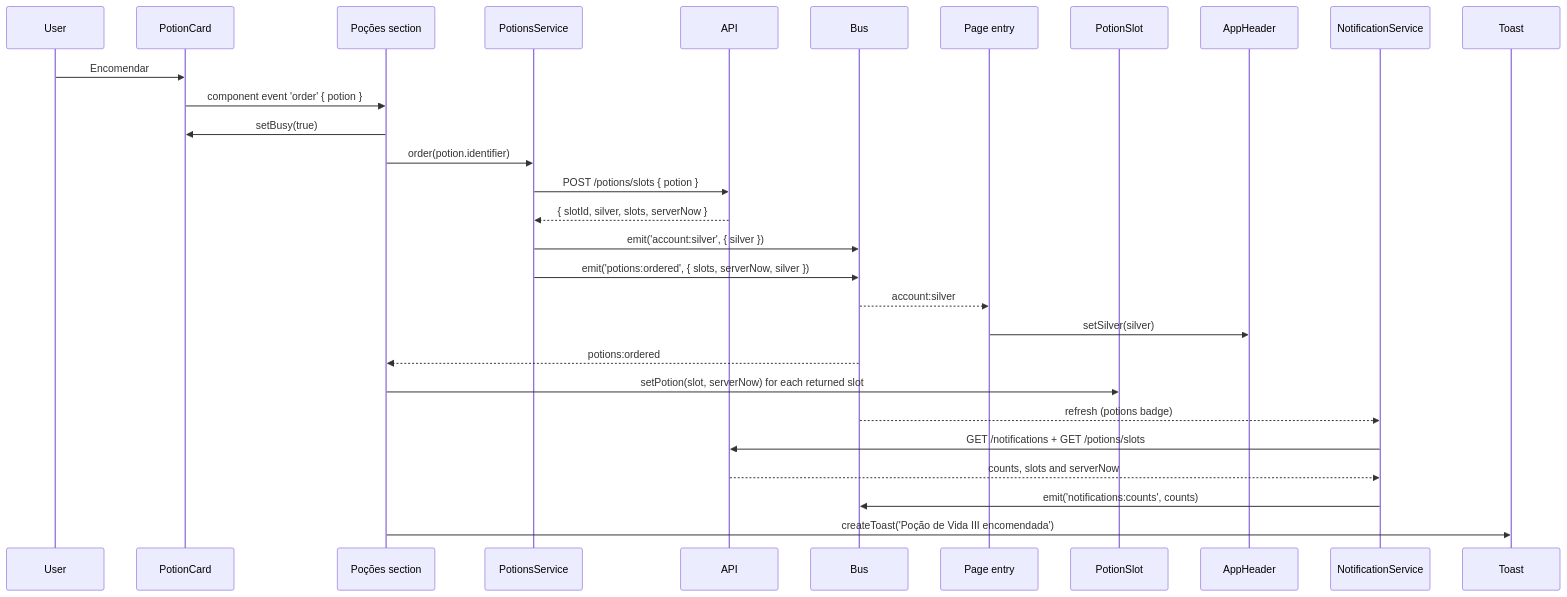
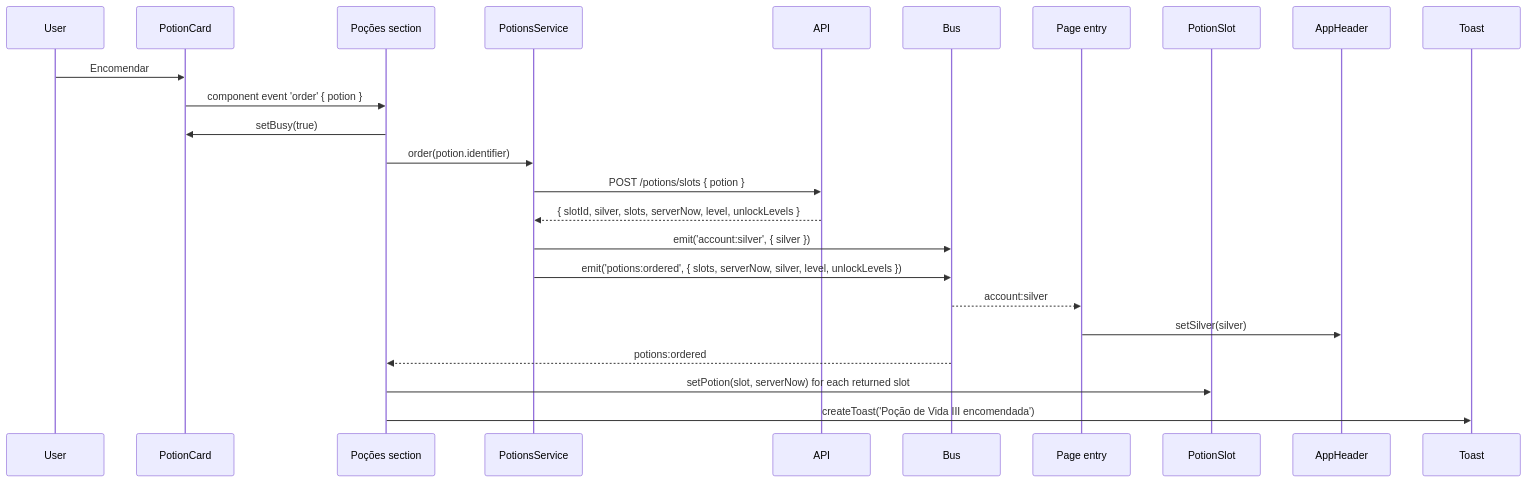
The seventh of 9 diagrams in docs/frontend/events.md (werlang/gladCode2), drawn with Mermaid before and after one commit. The commit also changed other lines of this file and 5 other files, not shown here.

````diff
--- a/docs/frontend/events.md
+++ b/docs/frontend/events.md
@@ -490,31 +490,26 @@
 ```mermaid
 sequenceDiagram
     participant User
     participant Card as PotionCard
     participant Section as Poções section
     participant Svc as PotionsService
     participant API
     participant Bus
     participant Shell as Page entry
     participant Slot as PotionSlot
     participant Header as AppHeader
-    participant Notif as NotificationService
     participant Toast
     User->>Card: Encomendar
     Card->>Section: component event 'order' { potion }
     Section->>Card: setBusy(true)
     Section->>Svc: order(potion.identifier)
     Svc->>API: POST /potions/slots { potion }
-    API-->>Svc: { slotId, silver, slots, serverNow }
+    API-->>Svc: { slotId, silver, slots, serverNow, level, unlockLevels }
     Svc->>Bus: emit('account:silver', { silver })
-    Svc->>Bus: emit('potions:ordered', { slots, serverNow, silver })
+    Svc->>Bus: emit('potions:ordered', { slots, serverNow, silver, level, unlockLevels })
     Bus-->>Shell: account:silver
     Shell->>Header: setSilver(silver)
     Bus-->>Section: potions:ordered
     Section->>Slot: setPotion(slot, serverNow) for each returned slot
-    Bus-->>Notif: refresh (potions badge)
-    Notif->>API: GET /notifications + GET /potions/slots
-    API-->>Notif: counts, slots and serverNow
-    Notif->>Bus: emit('notifications:counts', counts)
     Section->>Toast: createToast('Poção de Vida III encomendada')
 ```
````
